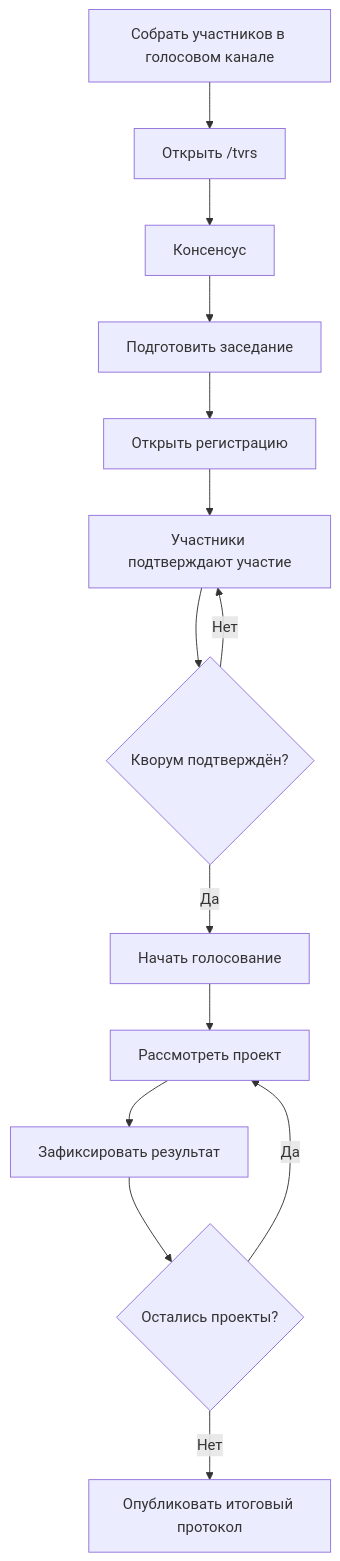
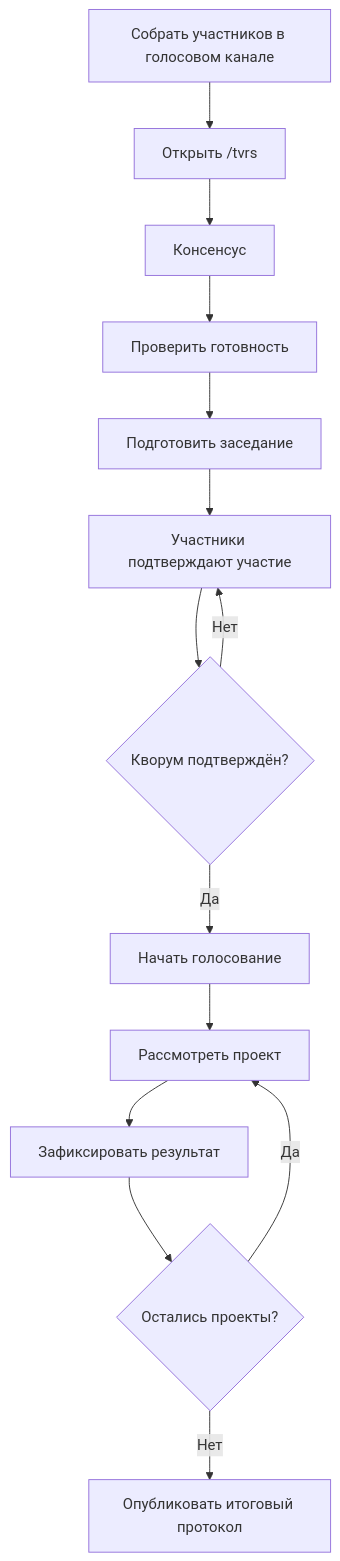
The diagram in gitbook/consensus/chair.md (cdnserver/t-mod), drawn with Mermaid before and after one commit. The commit also changed other lines of this file and 30 other files, not shown here.

````diff
--- a/gitbook/consensus/chair.md
+++ b/gitbook/consensus/chair.md
@@ -9,16 +9,16 @@
 ```mermaid
 flowchart TD
     A[Собрать участников в голосовом канале] --> B[Открыть /tvrs]
     B --> C[Консенсус]
-    C --> D[Подготовить заседание]
-    D --> E[Открыть регистрацию]
+    C --> D[Проверить готовность]
+    D --> E[Подготовить заседание]
     E --> F[Участники подтверждают участие]
     F --> G{Кворум подтверждён?}
     G -- Нет --> F
     G -- Да --> H[Начать голосование]
     H --> I[Рассмотреть проект]
     I --> J[Зафиксировать результат]
     J --> K{Остались проекты?}
     K -- Да --> I
     K -- Нет --> L[Опубликовать итоговый протокол]
 ```
````
